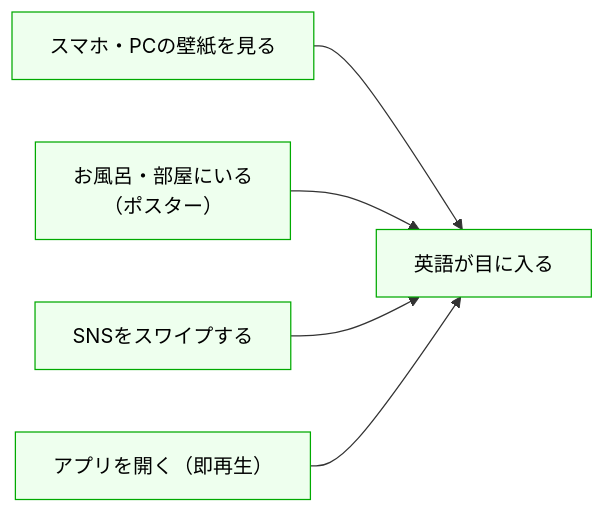
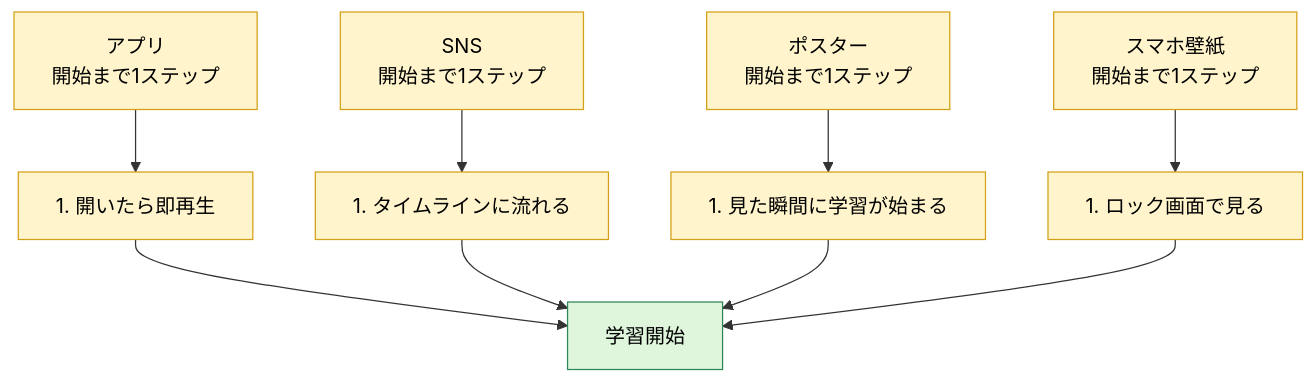
Before and after one commit to muratanaoki/share-doc: the second of 4 diagrams in 概要.md, drawn with Mermaid. The commit also changed other lines of this file, not shown here.

````diff
--- a/概要.md
+++ b/概要.md
@@ -33,12 +47,27 @@
 ```mermaid
-flowchart LR
-    A["スマホ・PCの壁紙を見る"] --> D["英語が目に入る"]
-    B["お風呂・部屋にいる<br>（ポスター）"] --> D
-    C["SNSをスワイプする"] --> D
-    E["アプリを開く（即再生）"] --> D
-    style A fill:#efe,stroke:#0a0,color:#000
-    style B fill:#efe,stroke:#0a0,color:#000
-    style C fill:#efe,stroke:#0a0,color:#000
-    style D fill:#efe,stroke:#0a0,color:#000
-    style E fill:#efe,stroke:#0a0,color:#000
+flowchart TD
+    AppTitle["アプリ<br>開始まで1ステップ"]
+    SnsTitle["SNS<br>開始まで1ステップ"]
+    PosterTitle["ポスター<br>開始まで1ステップ"]
+    WallpaperTitle["スマホ壁紙<br>開始まで1ステップ"]
+
+    AppTitle --> A["1. 開いたら即再生"]
+    SnsTitle --> B["1. タイムラインに流れる"]
+    PosterTitle --> C["1. 見た瞬間に学習が始まる"]
+    WallpaperTitle --> E["1. ロック画面で見る"]
+
+    A --> D["学習開始"]
+    B --> D
+    C --> D
+    E --> D
+
+    style AppTitle fill:#fff4cc,stroke:#d4a017,color:#000
+    style SnsTitle fill:#fff4cc,stroke:#d4a017,color:#000
+    style PosterTitle fill:#fff4cc,stroke:#d4a017,color:#000
+    style WallpaperTitle fill:#fff4cc,stroke:#d4a017,color:#000
+    style A fill:#fff4cc,stroke:#d4a017,color:#000
+    style B fill:#fff4cc,stroke:#d4a017,color:#000
+    style C fill:#fff4cc,stroke:#d4a017,color:#000
+    style D fill:#dff6dd,stroke:#2f855a,color:#000
+    style E fill:#fff4cc,stroke:#d4a017,color:#000
 ```
````
